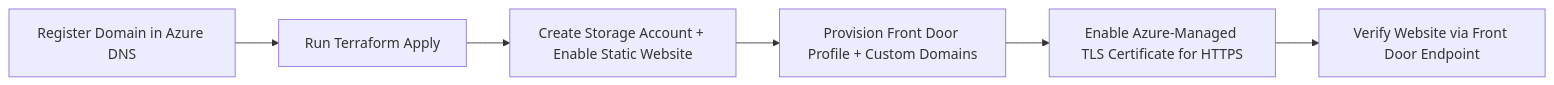
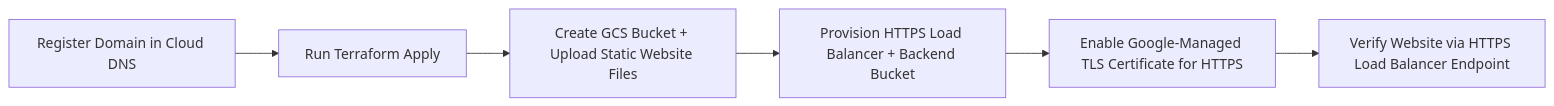
The diagram in README.md (mamonaco1973/gcp-website), drawn with Mermaid before and after one commit. The commit also changed other lines of this file and 1 other file, not shown here.

````diff
--- a/README.md
+++ b/README.md
@@ -32,8 +25,8 @@
 ```mermaid
 flowchart LR
-    A[Register Domain in Azure DNS] --> B[Run Terraform Apply]
-    B --> C[Create Storage Account + Enable Static Website]
-    C --> D[Provision Front Door Profile + Custom Domains]
-    D --> E[Enable Azure-Managed TLS Certificate for HTTPS]
-    E --> F[Verify Website via Front Door Endpoint]
+    A[Register Domain in Cloud DNS] --> B[Run Terraform Apply]
+    B --> C[Create GCS Bucket + Upload Static Website Files]
+    C --> D[Provision HTTPS Load Balancer + Backend Bucket]
+    D --> E[Enable Google-Managed TLS Certificate for HTTPS]
+    E --> F[Verify Website via HTTPS Load Balancer Endpoint]
 ```
````
